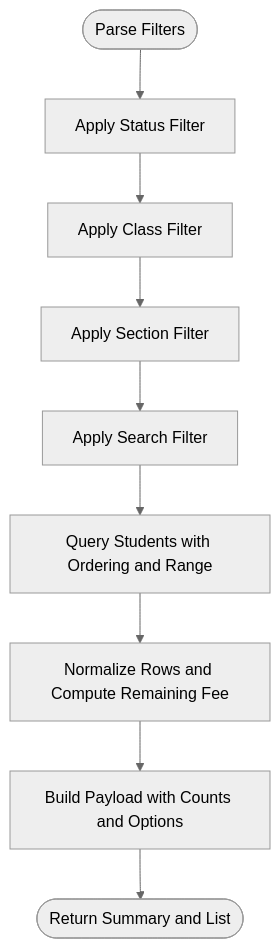
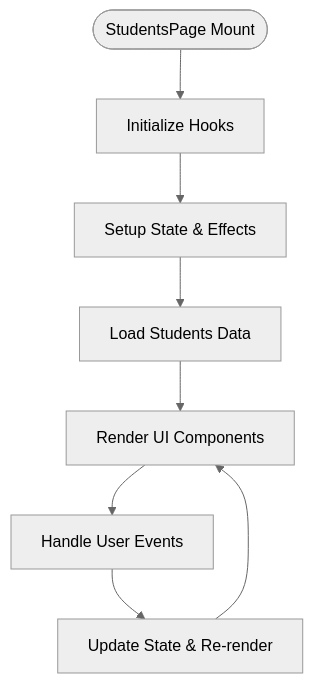
One commit to mustafaalkusaj/appschoolmustafa2002 changed the third of 13 diagrams in .qoder/repowiki/en/content/Student Management System/Student Management System.md. Above: the diagram before and after it, drawn with Mermaid (neutral theme). The commit also changed other lines of this file and 85 other files, not shown here.

````diff
--- a/.qoder/repowiki/en/content/Student Management System/Student Management System.md
+++ b/.qoder/repowiki/en/content/Student Management System/Student Management System.md
@@ -150,11 +215,10 @@
 ```mermaid
 flowchart TD
-Start(["Parse Filters"]) --> ApplyStatus["Apply Status Filter"]
-ApplyStatus --> ApplyClass["Apply Class Filter"]
-ApplyClass --> ApplySection["Apply Section Filter"]
-ApplySection --> ApplySearch["Apply Search Filter"]
-ApplySearch --> QueryDB["Query Students with Ordering and Range"]
-QueryDB --> Normalize["Normalize Rows and Compute Remaining Fee"]
-Normalize --> BuildPayload["Build Payload with Counts and Options"]
-BuildPayload --> End(["Return Summary and List"])
+Start(["StudentsPage Mount"]) --> InitHooks["Initialize Hooks"]
+InitHooks --> SetupState["Setup State & Effects"]
+SetupState --> LoadData["Load Students Data"]
+LoadData --> RenderUI["Render UI Components"]
+RenderUI --> HandleEvents["Handle User Events"]
+HandleEvents --> UpdateState["Update State & Re-render"]
+UpdateState --> RenderUI
 ```
````
